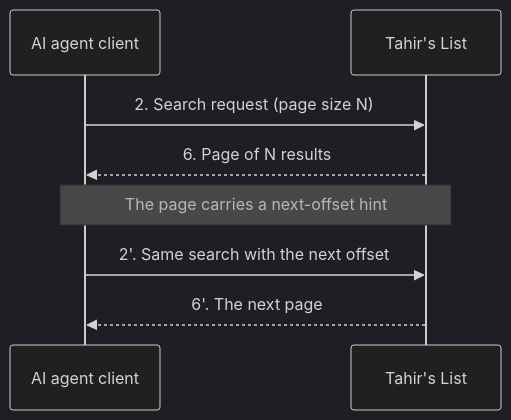
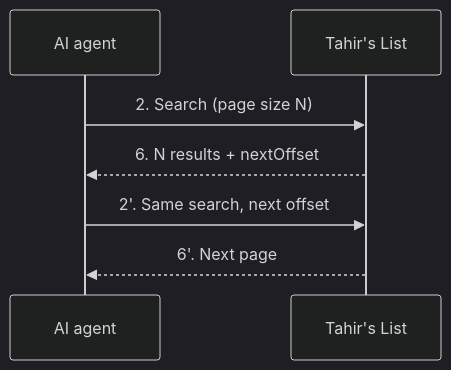
Before and after one commit to Losers-Lab/tahirs-list: the fourth of 7 diagrams in docs/features/SC-209/04-blackbox/UC-01-search-restaurants.md, drawn with Mermaid (dark theme). The commit also changed other lines of this file and 10 other files, not shown here.

Commit message:
[SC-209] Retrofit design to diagram-first standard

````diff
--- a/docs/features/SC-209/04-blackbox/UC-01-search-restaurants.md
+++ b/docs/features/SC-209/04-blackbox/UC-01-search-restaurants.md
@@ -65,11 +42,9 @@
 ```mermaid
 sequenceDiagram
-    participant AG as AI agent client
+    participant AG as AI agent
     participant TL as Tahir's List
-
-    AG->>TL: 2. Search request (page size N)
-    TL-->>AG: 6. Page of N results
-    Note over AG,TL: The page carries a next-offset hint
-    AG->>TL: 2'. Same search with the next offset
-    TL-->>AG: 6'. The next page
+    AG->>TL: 2. Search (page size N)
+    TL-->>AG: 6. N results + nextOffset
+    AG->>TL: 2'. Same search, next offset
+    TL-->>AG: 6'. Next page
 ```
````
